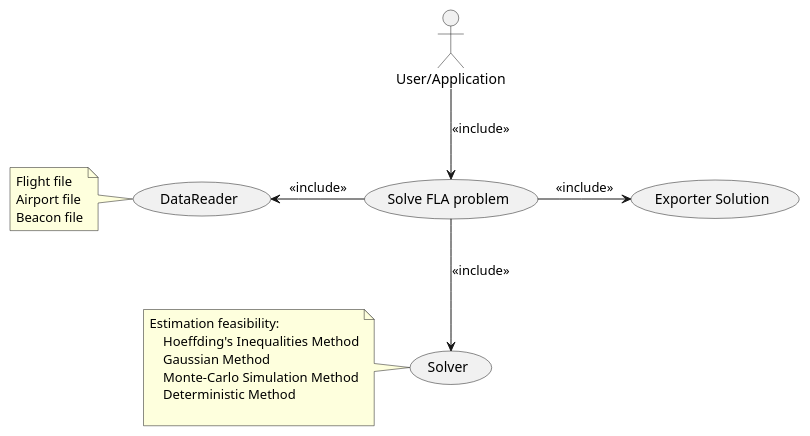
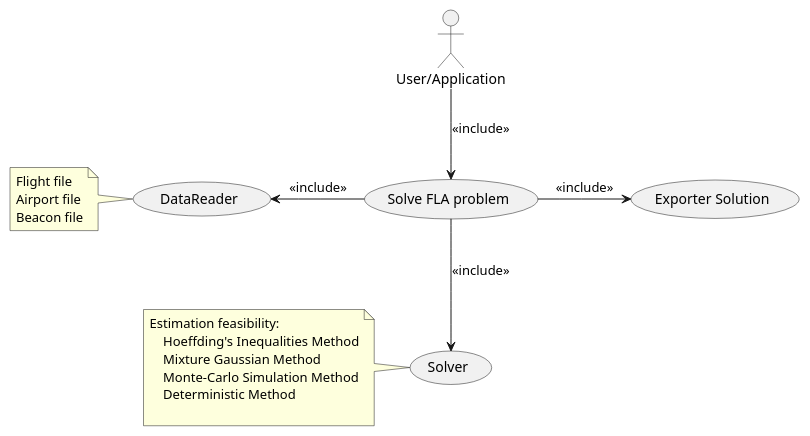
Before and after one commit to martinWANG2014/RobustFLA: the diagram in uml/UseCaseDiagram_RobustFLA.puml, drawn with PlantUML. The commit also changed 5 other files, not shown here.

Commit message:
rewrite gaussian method

```diff
--- a/uml/UseCaseDiagram_RobustFLA.puml
+++ b/uml/UseCaseDiagram_RobustFLA.puml
@@ -1,20 +1,20 @@
 @startuml
 :User/Application: as User
 User --> (Solve FLA problem):<<include>>
 (Solve FLA problem) -l-> (DataReader):<<include>>
 note left of (DataReader)
 Flight file
 Airport file
 Beacon file
 end note
 (Solve FLA problem) --> (Solver):<<include>>
 note left of (Solver)
 Estimation feasibility:
     Hoeffding's Inequalities Method
-    Gaussian Method
+    Mixture Gaussian Method
     Monte-Carlo Simulation Method
     Deterministic Method
 
 end note
 (Solve FLA problem) -r-> (Exporter Solution):<<include>>
 @enduml
```
